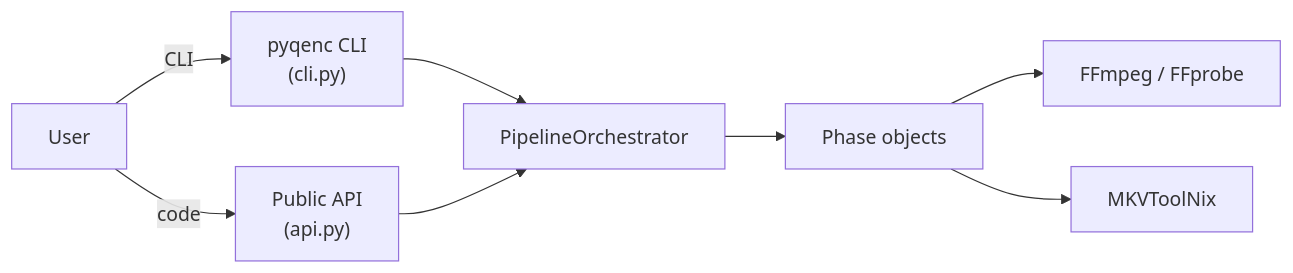
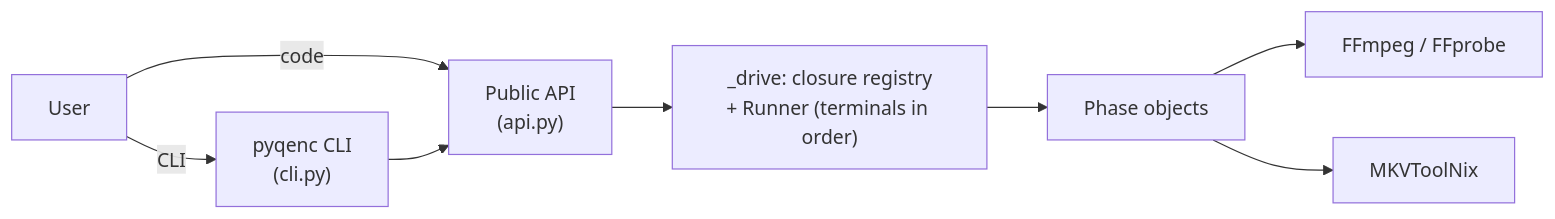
One commit to CHerSun/pyqenc changed the first of 6 diagrams in docs/architecture.md. Above: the diagram before and after it, drawn with Mermaid. The commit also changed other lines of this file and 6 other files, not shown here.

````diff
--- a/docs/architecture.md
+++ b/docs/architecture.md
@@ -28,10 +28,10 @@
 ```mermaid
 flowchart LR
     User -->|CLI| cli["pyqenc CLI\n(cli.py)"]
     User -->|code| api["Public API\n(api.py)"]
-    cli --> orch["PipelineOrchestrator"]
-    api --> orch
-    orch --> phases["Phase objects"]
+    cli --> api
+    api --> drive["_drive: closure registry\n+ Runner (terminals in order)"]
+    drive --> phases["Phase objects"]
     phases --> ffmpeg["FFmpeg / FFprobe"]
     phases --> mkv["MKVToolNix"]
 ```
````
